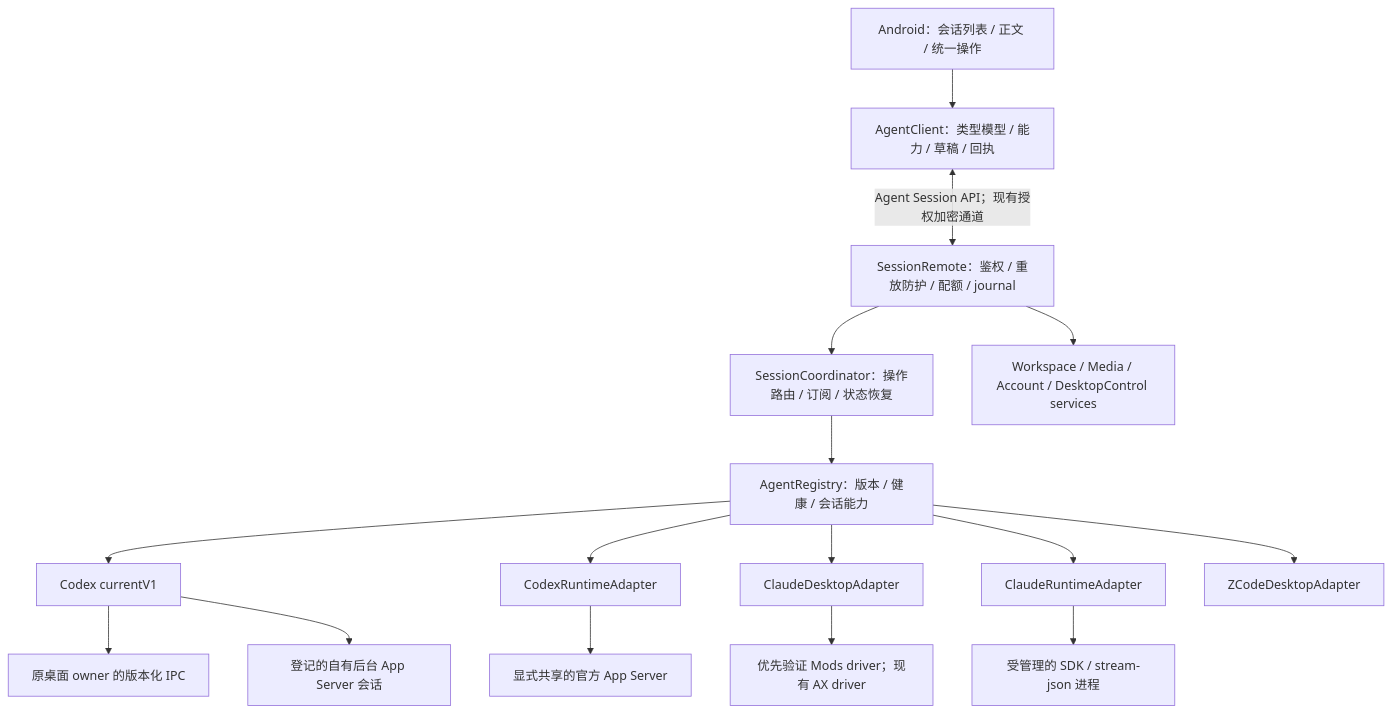
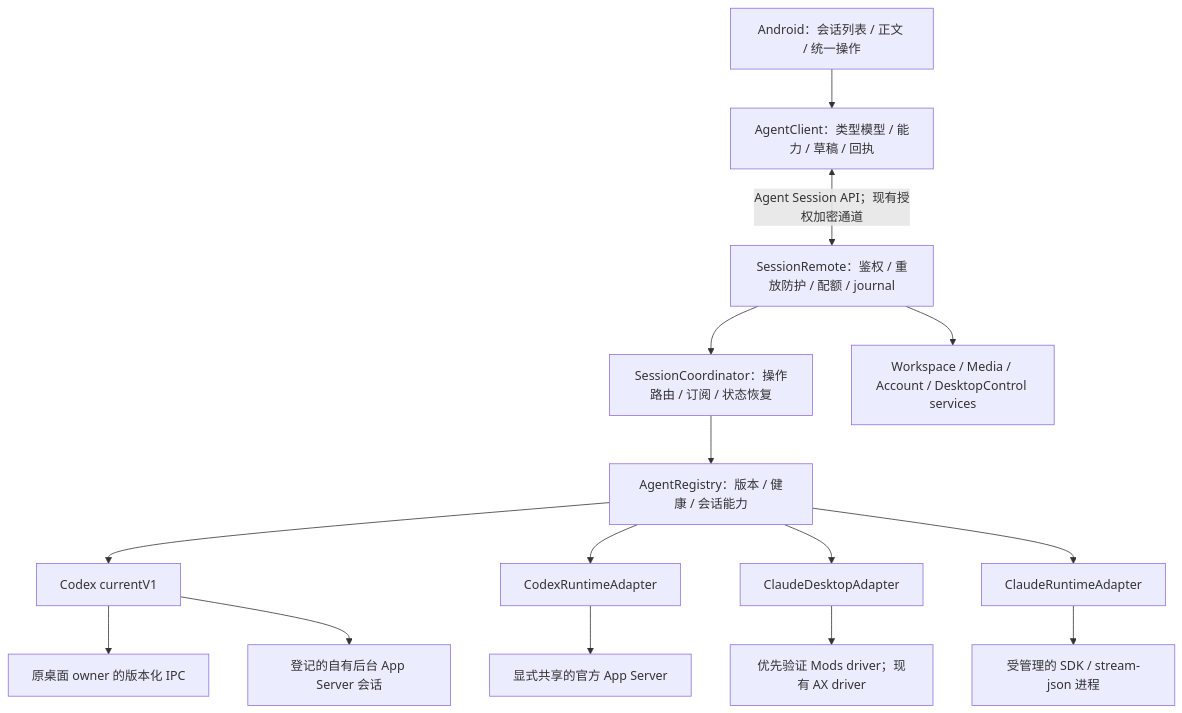
One commit to JunWeiUp/vibepier changed the first of 2 diagrams in docs/AGENT-CONTROL-ARCHITECTURE.md. Above: the diagram before and after it, drawn with Mermaid. The commit also changed other lines of this file and 234 other files, not shown here.

````diff
--- a/docs/AGENT-CONTROL-ARCHITECTURE.md
+++ b/docs/AGENT-CONTROL-ARCHITECTURE.md
@@ -34,18 +34,17 @@
 ```mermaid
 flowchart TB
     Phone[Android：会话列表 / 正文 / 统一操作] --> Client[AgentClient：类型模型 / 能力 / 草稿 / 回执]
     Client <-->|Agent Session API；现有授权加密通道| Boundary[SessionRemote：鉴权 / 重放防护 / 配额 / journal]
     Boundary --> Coordinator[SessionCoordinator：操作路由 / 订阅 / 状态恢复]
     Coordinator --> Registry[AgentRegistry：版本 / 健康 / 会话能力]
     Registry --> CD[Codex currentV1]
     Registry --> CR[CodexRuntimeAdapter]
     Registry --> CC[ClaudeDesktopAdapter]
     Registry --> CM[ClaudeRuntimeAdapter]
-    Registry --> Z[ZCodeDesktopAdapter]
     CD --> IPC[原桌面 owner 的版本化 IPC]
     CD --> BG[登记的自有后台 App Server 会话]
     CR --> AS[显式共享的官方 App Server]
     CC --> Mods[优先验证 Mods driver；现有 AX driver]
     CM --> CLI[受管理的 SDK / stream-json 进程]
     Boundary --> Host[Workspace / Media / Account / DesktopControl services]
 ```
````
